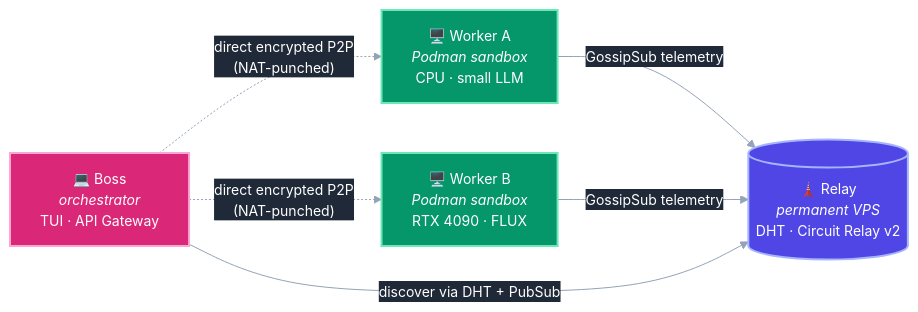
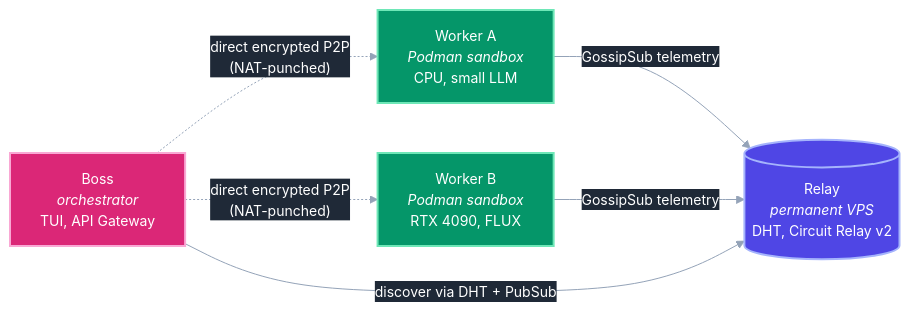
The diagram in README.md (Agent-FM/agentfm-core), drawn with Mermaid before and after one commit. The commit also changed other lines of this file and 3 other files, not shown here.

````diff
--- a/README.md
+++ b/README.md
@@ -86,31 +146,31 @@
 ```mermaid
 %%{init: {'theme':'base', 'themeVariables': {
   'primaryColor':'#4F46E5',
   'primaryTextColor':'#FFFFFF',
   'primaryBorderColor':'#A5B4FC',
   'lineColor':'#94A3B8',
   'textColor':'#E5E7EB',
   'edgeLabelBackground':'#1F2937',
   'tertiaryColor':'#1F2937',
   'fontFamily':'ui-sans-serif, system-ui, sans-serif',
   'fontSize':'14px'
 }}}%%
 flowchart LR
-    R[("🗼 Relay<br/><i>permanent VPS</i><br/>DHT · Circuit Relay v2")]
-    B["💻 Boss<br/><i>orchestrator</i><br/>TUI · API Gateway"]
-    W1["🖥️ Worker A<br/><i>Podman sandbox</i><br/>CPU · small LLM"]
-    W2["🖥️ Worker B<br/><i>Podman sandbox</i><br/>RTX 4090 · FLUX"]
+    R[("Relay<br/><i>permanent VPS</i><br/>DHT, Circuit Relay v2")]
+    B["Boss<br/><i>orchestrator</i><br/>TUI, API Gateway"]
+    W1["Worker A<br/><i>Podman sandbox</i><br/>CPU, small LLM"]
+    W2["Worker B<br/><i>Podman sandbox</i><br/>RTX 4090, FLUX"]
 
     W1 -- GossipSub telemetry --> R
     W2 -- GossipSub telemetry --> R
     B -- discover via DHT + PubSub --> R
     B -.->|"direct encrypted P2P<br/>(NAT-punched)"| W1
     B -.->|"direct encrypted P2P<br/>(NAT-punched)"| W2
 
     classDef relay  fill:#4F46E5,stroke:#A5B4FC,stroke-width:2px,color:#FFFFFF
     classDef boss   fill:#DB2777,stroke:#F9A8D4,stroke-width:2px,color:#FFFFFF
     classDef worker fill:#059669,stroke:#6EE7B7,stroke-width:2px,color:#FFFFFF
     class R relay
     class B boss
     class W1,W2 worker
 ```
````
